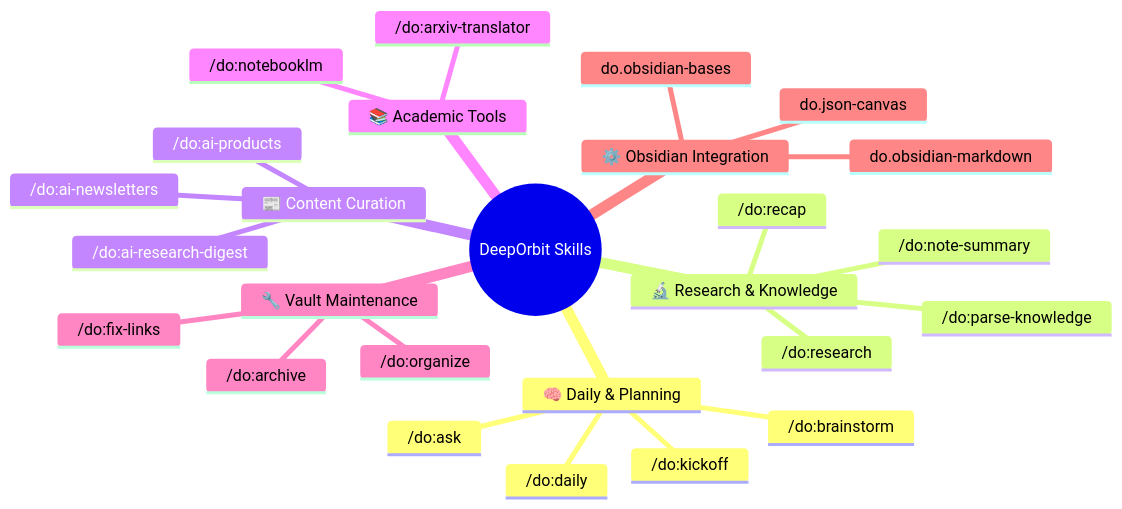
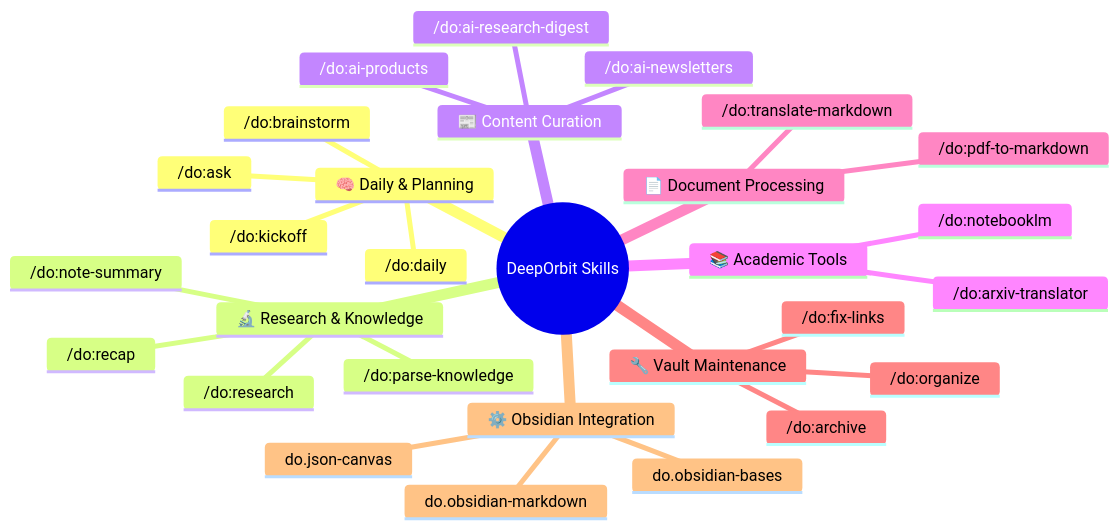
Before and after one commit to dull-bird/DeepOrbit: the third of 6 diagrams in README.md, drawn with Mermaid. The commit also changed other lines of this file and 3 other files, not shown here.

Commit message:
feat: Add PDF to Markdown and Markdown translation skills, including a PDF image extraction script, and establish a README synchronization rule.

````diff
--- a/README.md
+++ b/README.md
@@ -109,29 +109,32 @@
 ```mermaid
 mindmap
   root((DeepOrbit Skills))
     🧠 Daily & Planning
       /do:daily
       /do:kickoff
       /do:brainstorm
       /do:ask
     🔬 Research & Knowledge
       /do:research
       /do:parse-knowledge
       /do:note-summary
       /do:recap
     📰 Content Curation
       /do:ai-newsletters
       /do:ai-products
       /do:ai-research-digest
     📚 Academic Tools
       /do:arxiv-translator
       /do:notebooklm
+    📄 Document Processing
+      /do:pdf-to-markdown
+      /do:translate-markdown
     🔧 Vault Maintenance
       /do:fix-links
       /do:archive
       /do:organize
     ⚙️ Obsidian Integration
       do.obsidian-markdown
       do.obsidian-bases
       do.json-canvas
 ```
````
